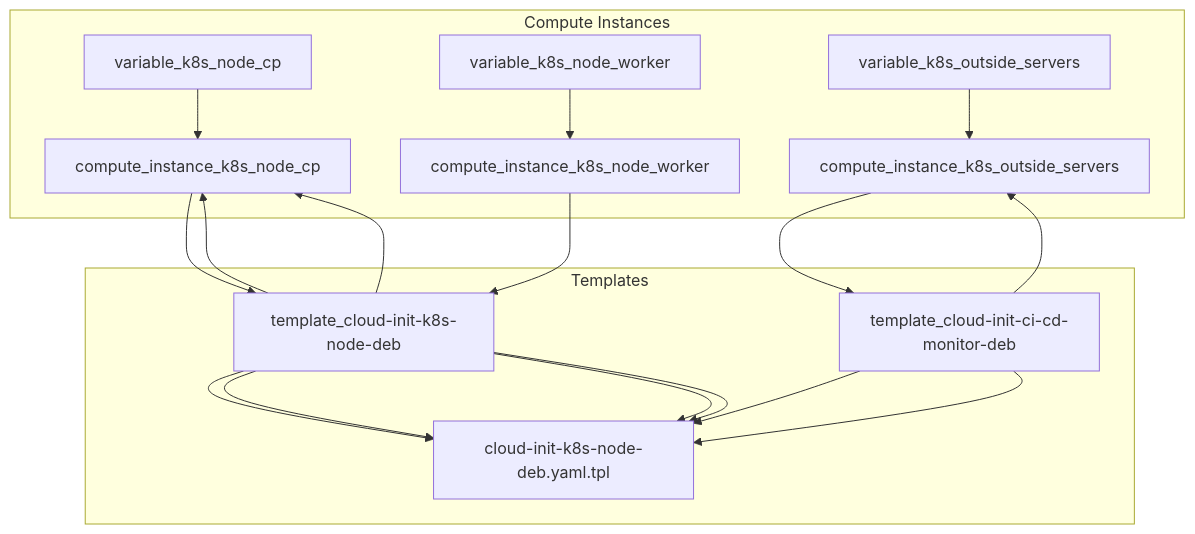
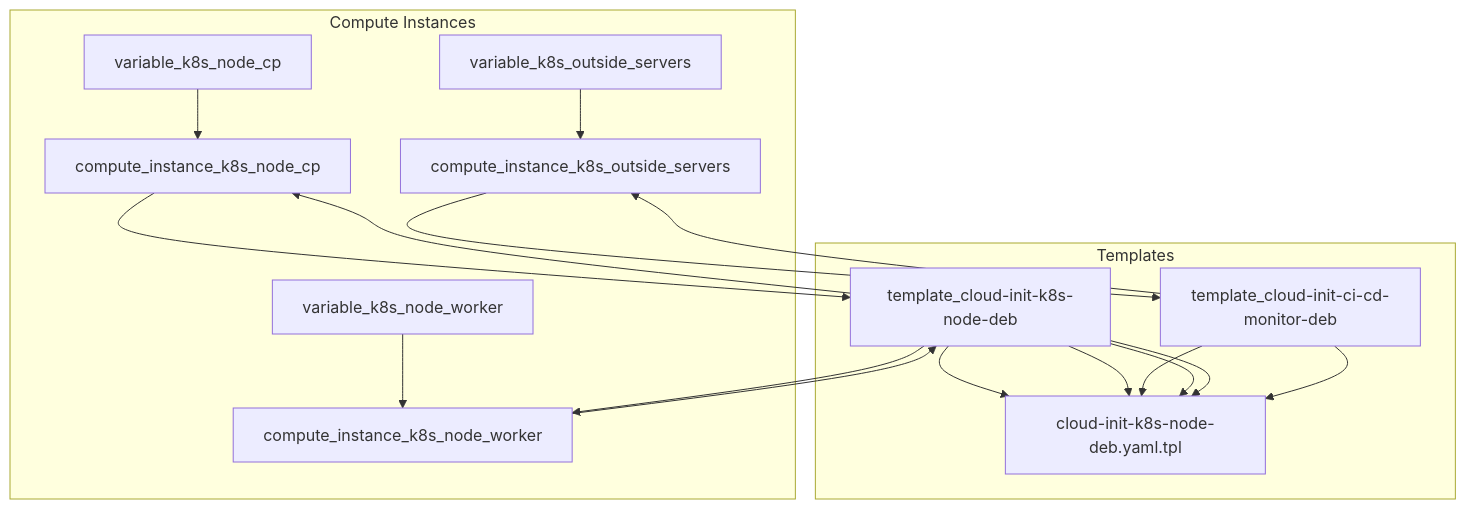
The seventh of 8 diagrams in README.md (Morshimus/SkillFactory-Diploma-Work), drawn with Mermaid before and after one commit.

````diff
--- a/README.md
+++ b/README.md
@@ -208,28 +208,28 @@
 ```mermaid
 
 graph TD
 
     subgraph Compute Instances
         variable_k8s_node_cp --> compute_instance_k8s_node_cp
         variable_k8s_node_worker --> compute_instance_k8s_node_worker
         variable_k8s_outside_servers --> compute_instance_k8s_outside_servers
     end
 
     subgraph Templates
         template_cloud-init-k8s-node-deb --> cloud-init-k8s-node-deb.yaml.tpl
         template_cloud-init-k8s-node-deb --> cloud-init-k8s-node-deb.yaml.tpl
         template_cloud-init-ci-cd-monitor-deb --> cloud-init-k8s-node-deb.yaml.tpl
     end
 
     compute_instance_k8s_node_cp --> template_cloud-init-k8s-node-deb
     compute_instance_k8s_node_worker --> template_cloud-init-k8s-node-deb
     compute_instance_k8s_outside_servers --> template_cloud-init-ci-cd-monitor-deb
     template_cloud-init-k8s-node-deb --> cloud-init-k8s-node-deb.yaml.tpl
     template_cloud-init-k8s-node-deb --> cloud-init-k8s-node-deb.yaml.tpl
     template_cloud-init-ci-cd-monitor-deb --> cloud-init-k8s-node-deb.yaml.tpl
     template_cloud-init-k8s-node-deb --> compute_instance_k8s_node_cp
-    template_cloud-init-k8s-node-deb --> compute_instance_k8s_node_cp
+    template_cloud-init-k8s-node-deb --> compute_instance_k8s_node_worker
     template_cloud-init-ci-cd-monitor-deb --> compute_instance_k8s_outside_servers
 
 
 ```
````
